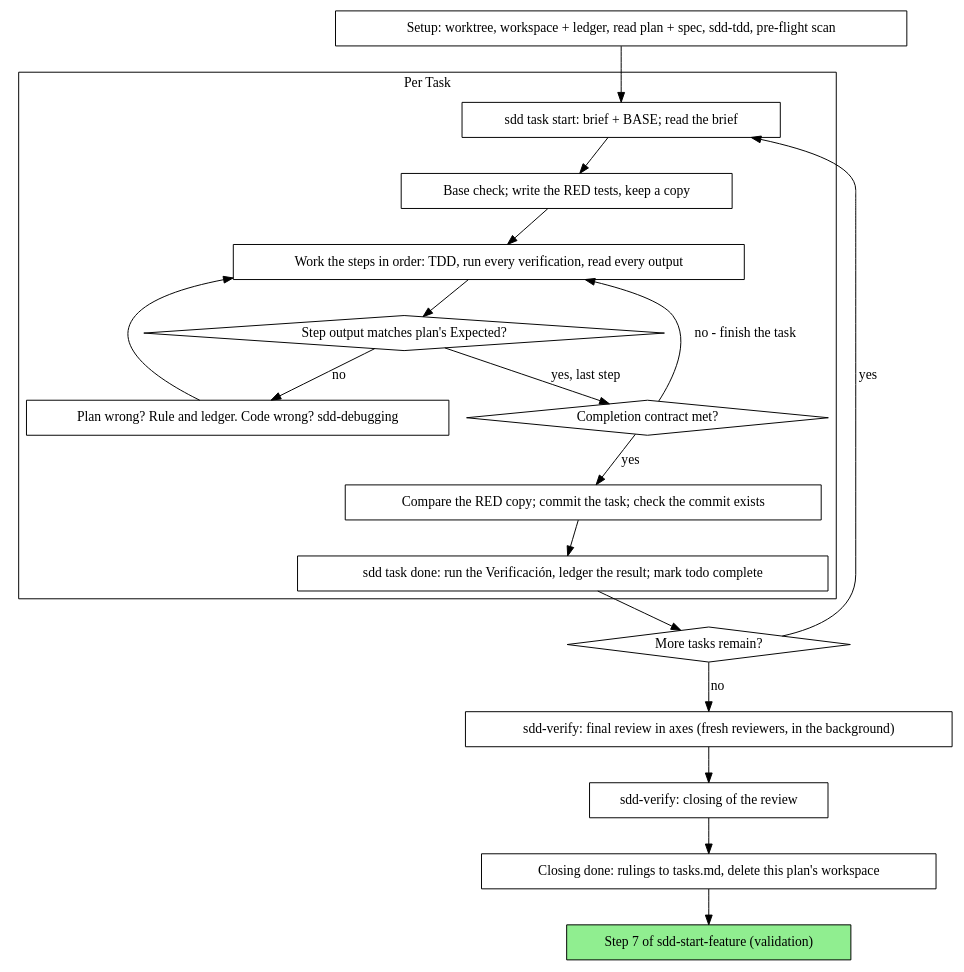
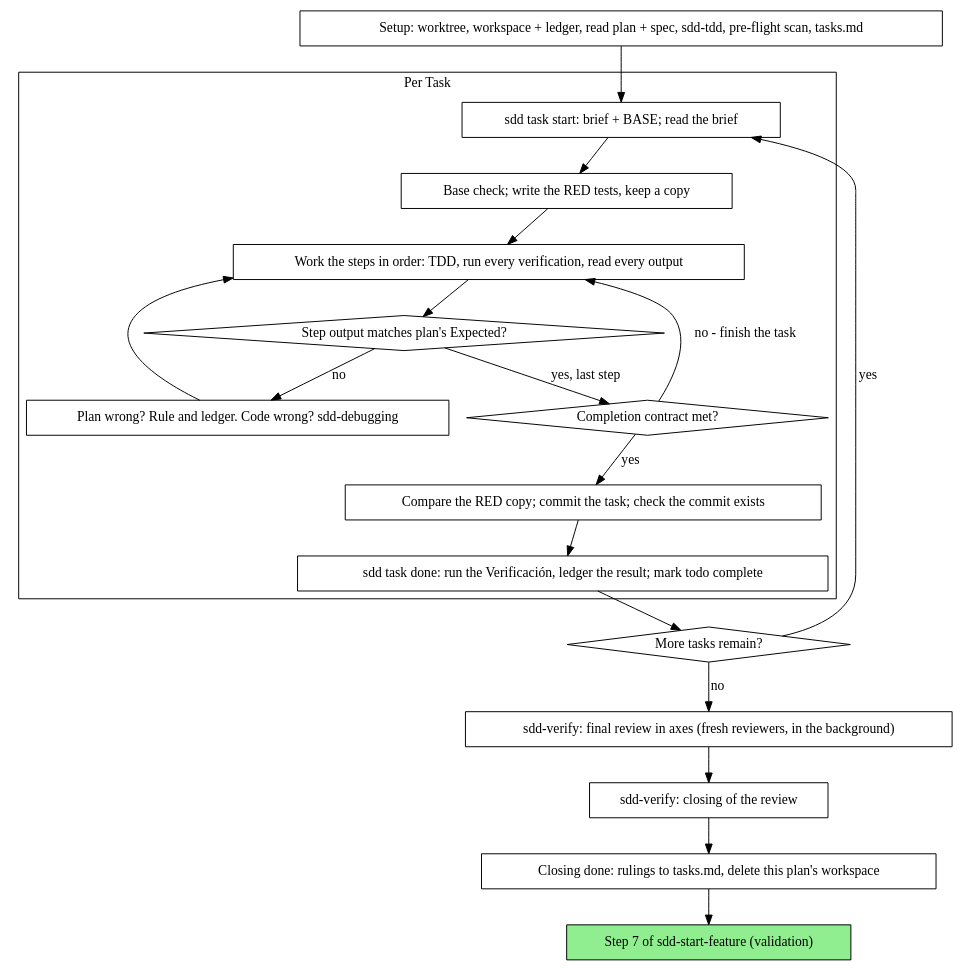
The first of 2 diagrams in skills/sdd-implement/SKILL.md (pikachumetal/sdd-kit), drawn with Graphviz before and after one commit. The commit also changed other lines of this file, not shown here.

Commit message:
fix(skills): tasks.md en el Setup del grafo y como red flag
El grafo de Native y la lista de red flags no mencionaban tasks.md, así que el primer task start podía correr sin él.

````diff
--- a/skills/sdd-implement/SKILL.md
+++ b/skills/sdd-implement/SKILL.md
@@ -50,41 +50,41 @@
 ```dot
 digraph native {
     rankdir=TB;
 
     subgraph cluster_per_task {
         label="Per Task";
         "sdd task start: brief + BASE; read the brief" [shape=box];
         "Base check; write the RED tests, keep a copy" [shape=box];
         "Work the steps in order: TDD, run every verification, read every output" [shape=box];
         "Step output matches plan's Expected?" [shape=diamond];
         "Plan wrong? Rule and ledger. Code wrong? sdd-debugging" [shape=box];
         "Completion contract met?" [shape=diamond];
         "Compare the RED copy; commit the task; check the commit exists" [shape=box];
         "sdd task done: run the Verificación, ledger the result; mark todo complete" [shape=box];
     }
 
-    "Setup: worktree, workspace + ledger, read plan + spec, sdd-tdd, pre-flight scan" [shape=box];
+    "Setup: worktree, workspace + ledger, read plan + spec, sdd-tdd, pre-flight scan, tasks.md" [shape=box];
     "More tasks remain?" [shape=diamond];
     "sdd-verify: final review in axes (fresh reviewers, in the background)" [shape=box];
     "sdd-verify: closing of the review" [shape=box];
     "Closing done: rulings to tasks.md, delete this plan's workspace" [shape=box];
     "Step 7 of sdd-start-feature (validation)" [shape=box style=filled fillcolor=lightgreen];
 
-    "Setup: worktree, workspace + ledger, read plan + spec, sdd-tdd, pre-flight scan" -> "sdd task start: brief + BASE; read the brief";
+    "Setup: worktree, workspace + ledger, read plan + spec, sdd-tdd, pre-flight scan, tasks.md" -> "sdd task start: brief + BASE; read the brief";
     "sdd task start: brief + BASE; read the brief" -> "Base check; write the RED tests, keep a copy";
     "Base check; write the RED tests, keep a copy" -> "Work the steps in order: TDD, run every verification, read every output";
     "Work the steps in order: TDD, run every verification, read every output" -> "Step output matches plan's Expected?";
     "Step output matches plan's Expected?" -> "Plan wrong? Rule and ledger. Code wrong? sdd-debugging" [label="no"];
     "Plan wrong? Rule and ledger. Code wrong? sdd-debugging" -> "Work the steps in order: TDD, run every verification, read every output";
     "Step output matches plan's Expected?" -> "Completion contract met?" [label="yes, last step"];
     "Completion contract met?" -> "Work the steps in order: TDD, run every verification, read every output" [label="no - finish the task"];
     "Completion contract met?" -> "Compare the RED copy; commit the task; check the commit exists" [label="yes"];
     "Compare the RED copy; commit the task; check the commit exists" -> "sdd task done: run the Verificación, ledger the result; mark todo complete";
     "sdd task done: run the Verificación, ledger the result; mark todo complete" -> "More tasks remain?";
     "More tasks remain?" -> "sdd task start: brief + BASE; read the brief" [label="yes"];
     "More tasks remain?" -> "sdd-verify: final review in axes (fresh reviewers, in the background)" [label="no"];
     "sdd-verify: final review in axes (fresh reviewers, in the background)" -> "sdd-verify: closing of the review";
     "sdd-verify: closing of the review" -> "Closing done: rulings to tasks.md, delete this plan's workspace";
     "Closing done: rulings to tasks.md, delete this plan's workspace" -> "Step 7 of sdd-start-feature (validation)";
 }
 ```
````
